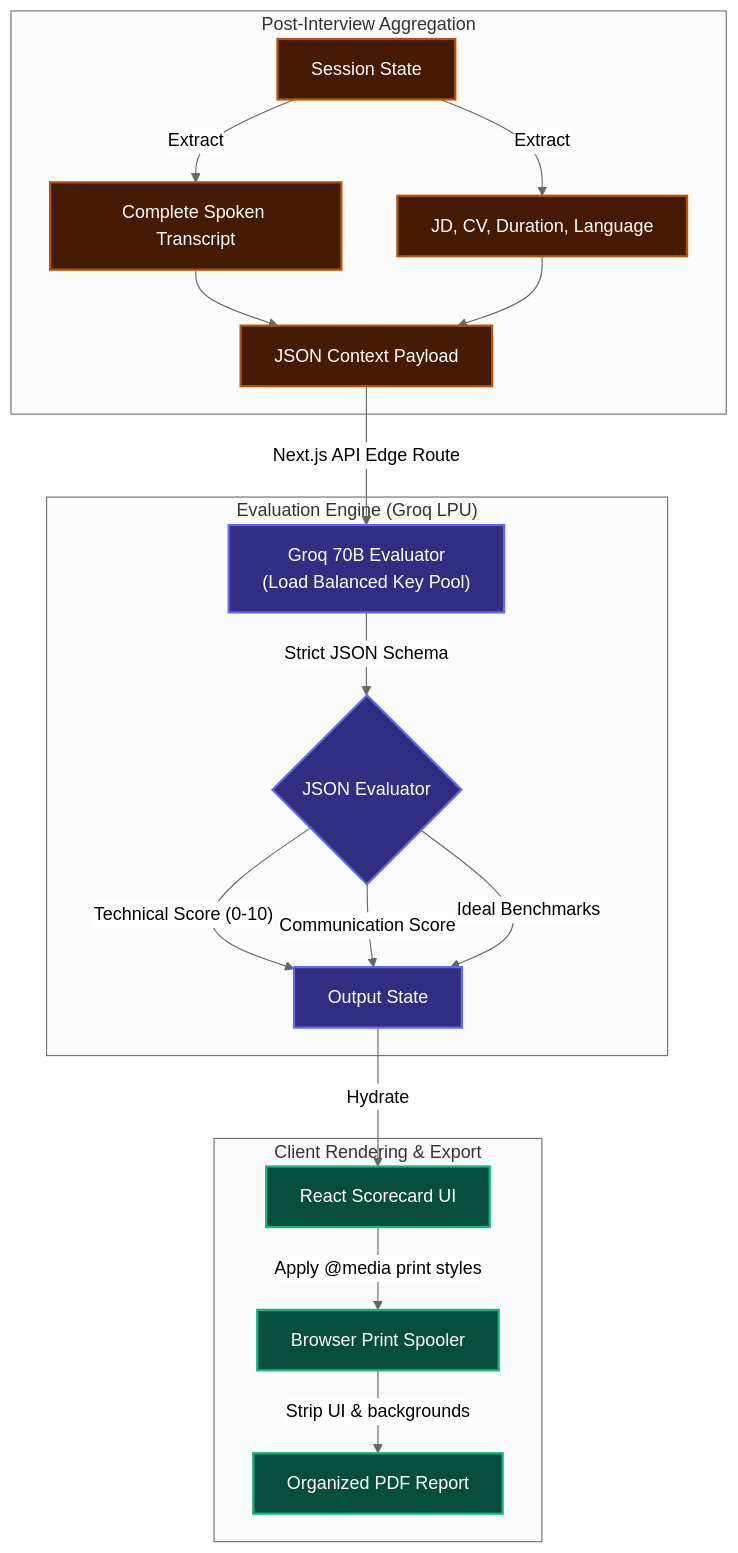
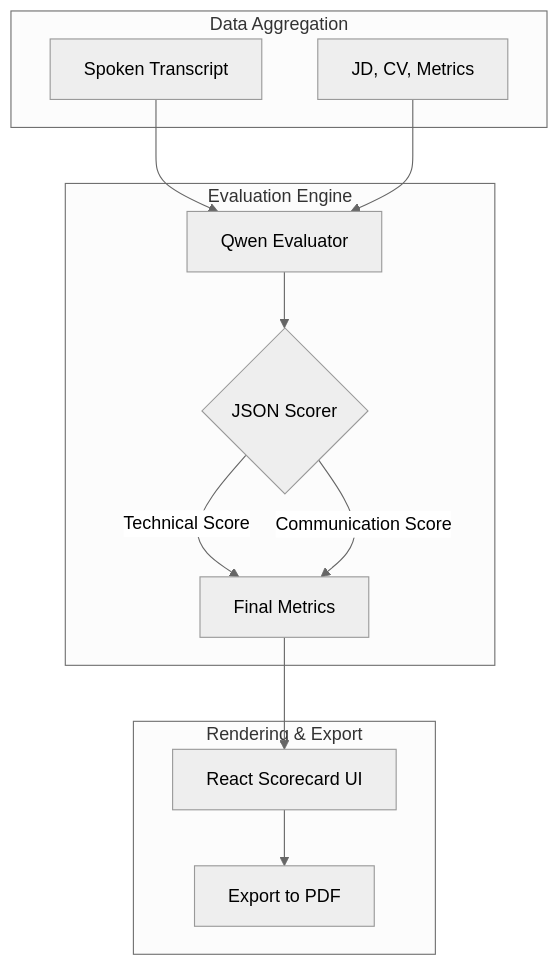
The fourth of 4 diagrams in README.md (ziademad02153/ZEDX-AI-Assistant), drawn with Mermaid (neutral theme) before and after one commit. The commit also changed other lines of this file and 1 other file, not shown here.

````diff
--- a/README.md
+++ b/README.md
@@ -263,31 +116,21 @@
 ```mermaid
 graph TD
-    subgraph PostInterviewAggregation ["Post-Interview Aggregation"]
-        STATE["Session State"] -->|Extract| TRANSCRIPT["Complete Spoken Transcript"]
-        STATE -->|Extract| METADATA["JD, CV, Duration, Language"]
-        TRANSCRIPT --> PAYLOAD["JSON Context Payload"]
-        METADATA --> PAYLOAD
+    subgraph Aggregation ["Data Aggregation"]
+        TRANSCRIPT["Spoken Transcript"]
+        METADATA["JD, CV, Metrics"]
     end
 
-    subgraph EvaluationEngine ["Evaluation Engine (Groq LPU)"]
-        PAYLOAD -->|Next.js API Edge Route| GROQ["Groq 70B Evaluator\n(Load Balanced Key Pool)"]
-        GROQ -->|Strict JSON Schema| ANALYSIS{"JSON Evaluator"}
-        ANALYSIS -- "Technical Score (0-10)" --> METRICS["Output State"]
+    subgraph Evaluation ["Evaluation Engine"]
+        GROQ["Qwen Evaluator"]
+        TRANSCRIPT --> GROQ
+        METADATA --> GROQ
+        GROQ --> ANALYSIS{"JSON Scorer"}
+        ANALYSIS -- "Technical Score" --> METRICS["Final Metrics"]
         ANALYSIS -- "Communication Score" --> METRICS
-        ANALYSIS -- "Ideal Benchmarks" --> METRICS
     end
 
-    subgraph ClientRenderingExport ["Client Rendering & Export"]
-        METRICS -->|Hydrate| SCORECARD["React Scorecard UI"]
-        SCORECARD -->|Apply @media print styles| PRINT["Browser Print Spooler"]
-        PRINT -->|Strip UI & backgrounds| PDF["Organized PDF Report"]
+    subgraph Export ["Rendering & Export"]
+        METRICS --> SCORECARD["React Scorecard UI"]
+        SCORECARD --> PDF["Export to PDF"]
     end
-
-    classDef state fill:#451a03,stroke:#b45309,stroke-width:2px,color:#fff;
-    classDef ai fill:#312e81,stroke:#6366f1,stroke-width:2px,color:#fff;
-    classDef render fill:#064e3b,stroke:#10b981,stroke-width:2px,color:#fff;
-
-    class STATE,TRANSCRIPT,METADATA,PAYLOAD state;
-    class GROQ,ANALYSIS,METRICS ai;
-    class SCORECARD,PRINT,PDF render;
 ```
````
